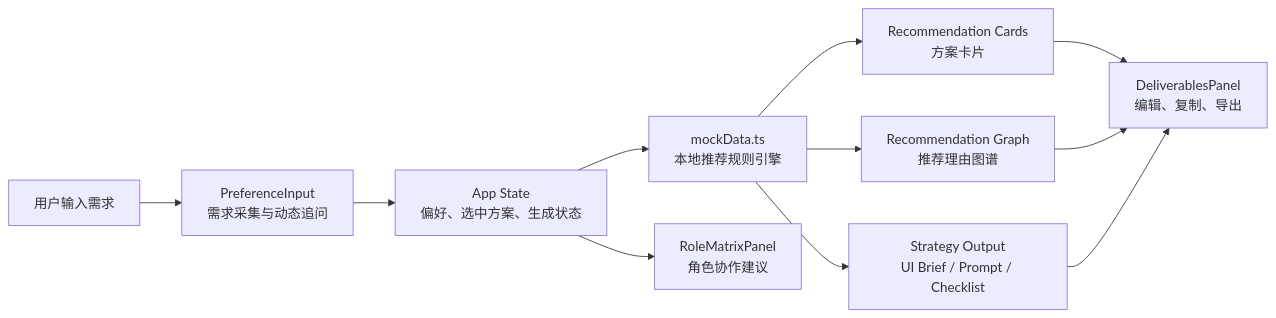
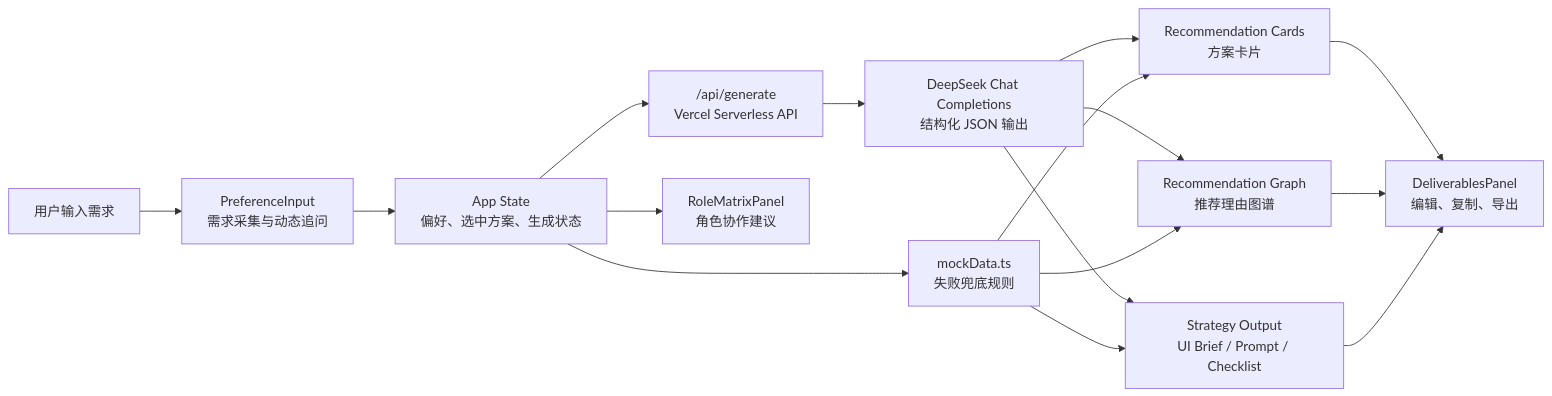
Before and after one commit to na1234shui/app-ai-pm-ui-copilot: the first of 2 diagrams in README.md, drawn with Mermaid. The commit also changed other lines of this file and 3 other files, not shown here.

Commit message:
Connect DeepSeek generation API

````diff
--- a/README.md
+++ b/README.md
@@ -44,13 +44,18 @@
 ```mermaid
 flowchart LR
   A["用户输入需求"] --> B["PreferenceInput<br/>需求采集与动态追问"]
   B --> C["App State<br/>偏好、选中方案、生成状态"]
-  C --> D["mockData.ts<br/>本地推荐规则引擎"]
-  D --> E["Recommendation Cards<br/>方案卡片"]
-  D --> F["Recommendation Graph<br/>推荐理由图谱"]
-  D --> G["Strategy Output<br/>UI Brief / Prompt / Checklist"]
-  E --> H["DeliverablesPanel<br/>编辑、复制、导出"]
-  F --> H
-  G --> H
-  C --> I["RoleMatrixPanel<br/>角色协作建议"]
+  C --> D["/api/generate<br/>Vercel Serverless API"]
+  D --> E["DeepSeek Chat Completions<br/>结构化 JSON 输出"]
+  E --> F["Recommendation Cards<br/>方案卡片"]
+  E --> G["Recommendation Graph<br/>推荐理由图谱"]
+  E --> H["Strategy Output<br/>UI Brief / Prompt / Checklist"]
+  C --> I["mockData.ts<br/>失败兜底规则"]
+  I --> F
+  I --> G
+  I --> H
+  F --> K["DeliverablesPanel<br/>编辑、复制、导出"]
+  G --> K
+  H --> K
+  C --> J["RoleMatrixPanel<br/>角色协作建议"]
 ```
````
